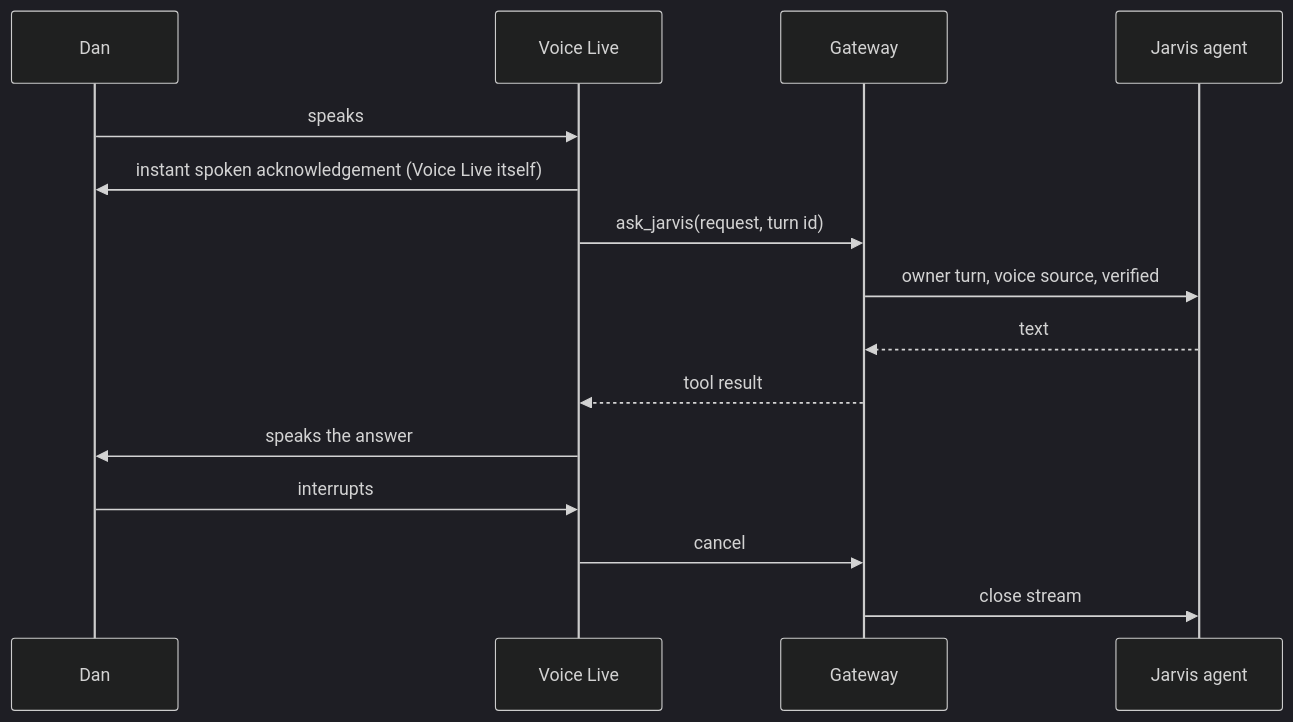
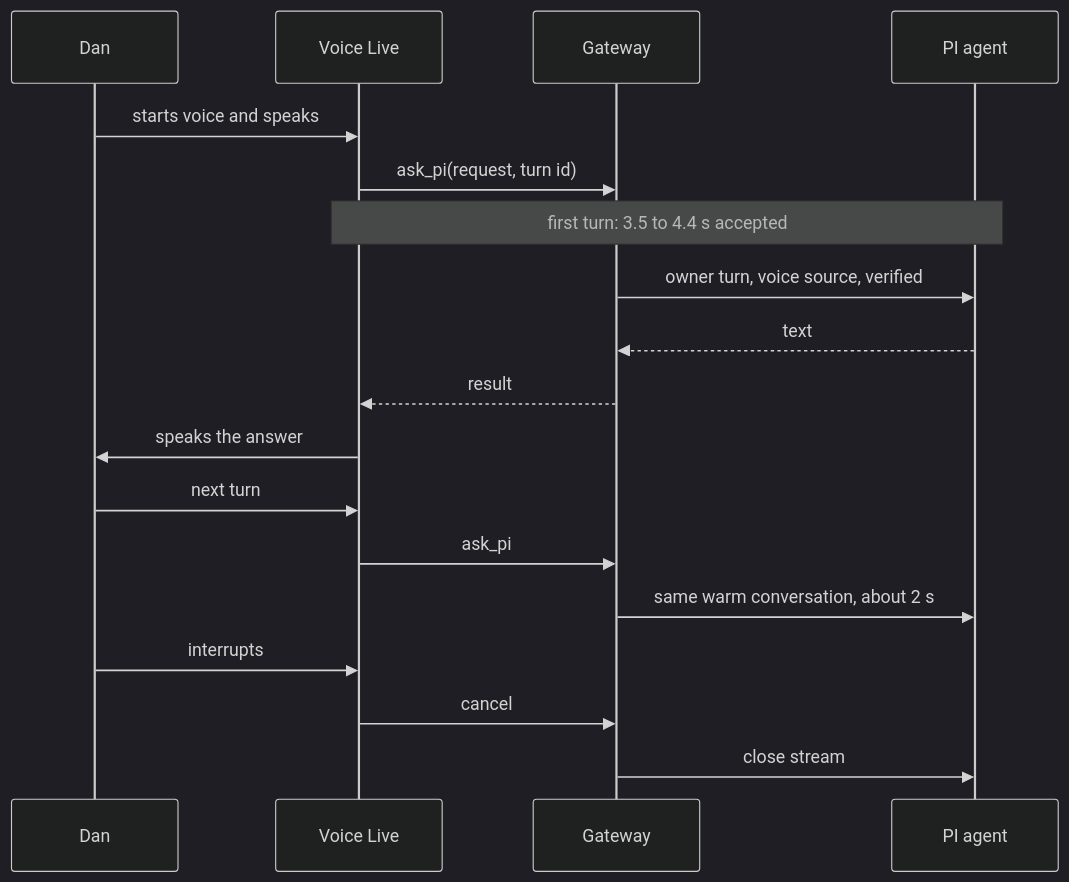
Before and after one commit to DanAakesen/jarvis: the sixth of 8 diagrams in docs/pi/plan.md, drawn with Mermaid (dark theme). The commit also changed other lines of this file and 3 other files, not shown here.

First line of the commit message:
P15-164: PI plan: measured latency rounds, warm conversation, voice design (#1884)

````diff
--- a/docs/pi/plan.md
+++ b/docs/pi/plan.md
@@ -245,17 +247,20 @@
 ```mermaid
 sequenceDiagram
     participant D as Dan
     participant V as Voice Live
     participant G as Gateway
-    participant A as Jarvis agent
-    D->>V: speaks
-    V->>D: instant spoken acknowledgement (Voice Live itself)
-    V->>G: ask_jarvis(request, turn id)
+    participant A as PI agent
+    D->>V: starts voice and speaks
+    V->>G: ask_pi(request, turn id)
+    Note over V,A: first turn: 3.5 to 4.4 s accepted
     G->>A: owner turn, voice source, verified
     A-->>G: text
-    G-->>V: tool result
+    G-->>V: result
     V->>D: speaks the answer
+    D->>V: next turn
+    V->>G: ask_pi
+    G->>A: same warm conversation, about 2 s
     D->>V: interrupts
     V->>G: cancel
     G->>A: close stream
 ```
````
